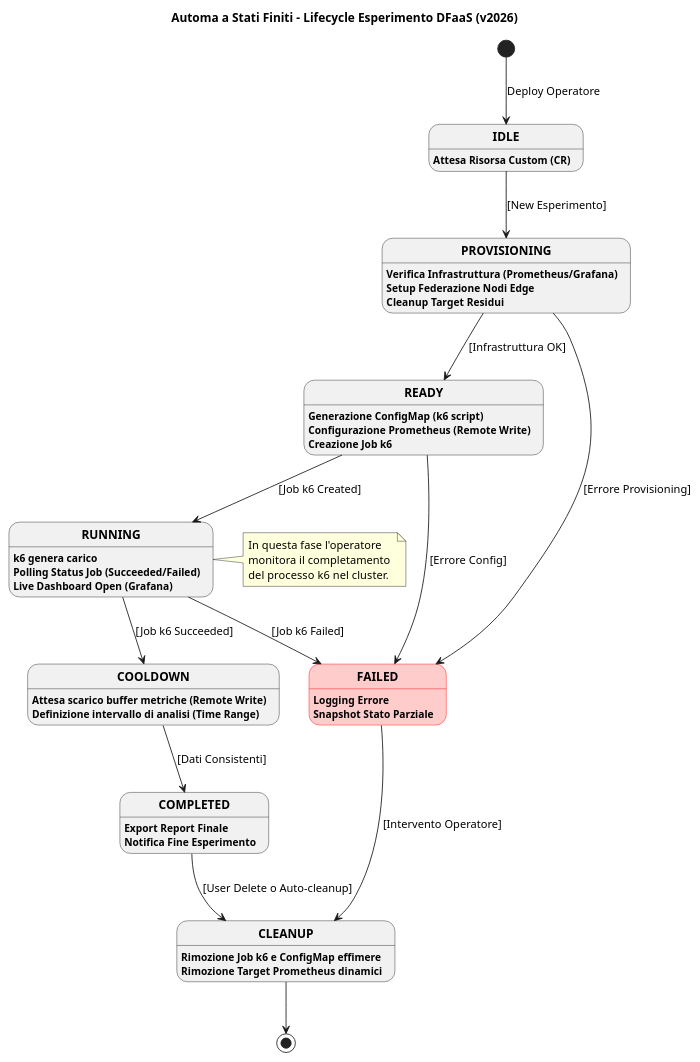
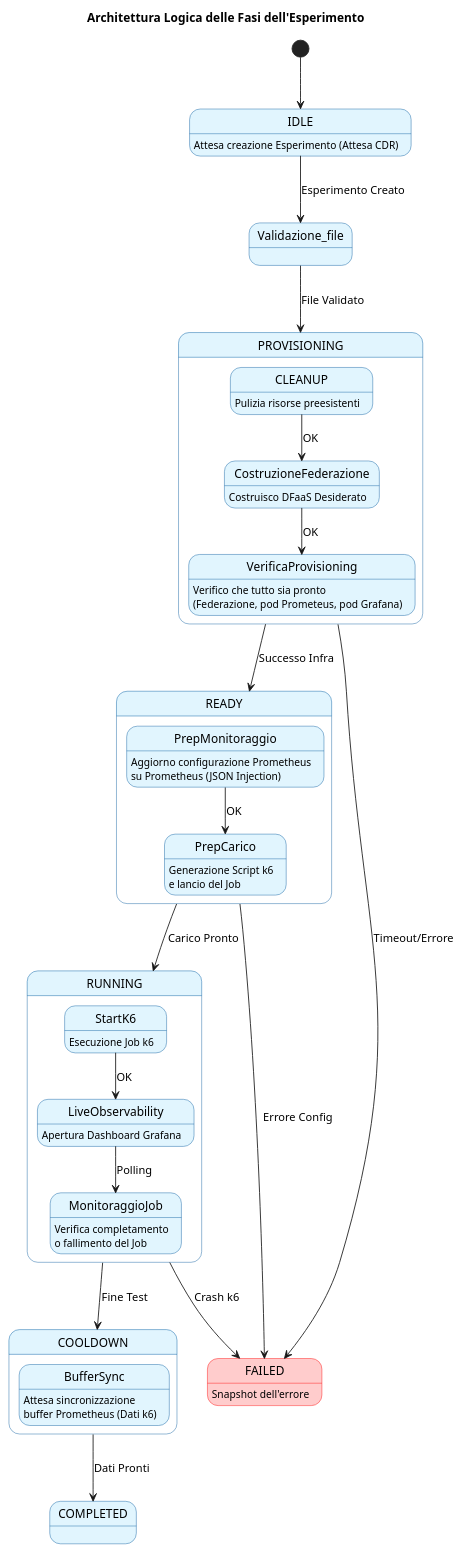
The diagram in UML/stati finiti.puml (isired01/DFaaSOperator), drawn with PlantUML before and after one commit.

Commit message:
fixed UML graphs

```diff
--- a/UML/stati finiti.puml
+++ b/UML/stati finiti.puml
@@ -1,79 +1,76 @@
 @startuml
 skinparam backgroundColor #FFFFFF
 skinparam state {
+  BackgroundColor #E1F5FE
+  BorderColor #01579B
   BackgroundColor<<Error>> #FFCCCC
   BorderColor<<Error>> #FF0000
-  FontStyle bold
 }
 
-title Automa a Stati Finiti - Lifecycle Esperimento DFaaS (v2026)
+title Architettura Logica delle Fasi dell'Esperimento
 
-[*] --> IDLE : Deploy Operatore
+[*] --> IDLE 
 
-state IDLE {
-  IDLE : Attesa Risorsa Custom (CR)
+state IDLE{
+  IDLE : Attesa creazione Esperimento (Attesa CDR)
 }
 
-IDLE --> PROVISIONING : [New Esperimento]
+IDLE --> Validazione_file : Esperimento Creato
+
+
+Validazione_file --> PROVISIONING : File Validato
+
 
 state PROVISIONING {
-  PROVISIONING : Verifica Infrastruttura (Prometheus/Grafana)
-  PROVISIONING : Setup Federazione Nodi Edge
-  PROVISIONING : Cleanup Target Residui
+  CLEANUP : Pulizia risorse preesistenti
+  CLEANUP --> CostruzioneFederazione : OK
+  CostruzioneFederazione : Costruisco DFaaS Desiderato
+  CostruzioneFederazione --> VerificaProvisioning : OK
+  VerificaProvisioning : Verifico che tutto sia pronto
+  VerificaProvisioning : (Federazione, pod Prometeus, pod Grafana)
+
 }
 
-PROVISIONING --> READY : [Infrastruttura OK]
-PROVISIONING --> FAILED : [Errore Provisioning]
-
 state READY {
-  READY : Generazione ConfigMap (k6 script)
-  READY : Configurazione Prometheus (Remote Write)
-  READY : Creazione Job k6
+  PrepMonitoraggio : Aggiorno configurazione Prometheus
+  PrepMonitoraggio : su Prometheus (JSON Injection)
+  PrepMonitoraggio --> PrepCarico : OK
+  PrepCarico : Generazione Script k6 
+  PrepCarico : e lancio del Job
 }
 
-READY --> RUNNING : [Job k6 Created]
-READY --> FAILED : [Errore Config]
+state RUNNING {
+  StartK6 : Esecuzione Job k6 
+  StartK6 --> LiveObservability : OK
+  LiveObservability : Apertura Dashboard Grafana 
+  LiveObservability --> MonitoraggioJob : Polling
+  MonitoraggioJob : Verifica completamento 
+  MonitoraggioJob : o fallimento del Job
 
-state RUNNING {
-  RUNNING : k6 genera carico
-  RUNNING : Polling Status Job (Succeeded/Failed)
-  RUNNING : Live Dashboard Open (Grafana)
 }
 
-RUNNING --> COOLDOWN : [Job k6 Succeeded]
-RUNNING --> FAILED : [Job k6 Failed]
-
 state COOLDOWN {
-  COOLDOWN : Attesa scarico buffer metriche (Remote Write)
-  COOLDOWN : Definizione intervallo di analisi (Time Range)
+  BufferSync : Attesa sincronizzazione 
+  BufferSync : buffer Prometheus (Dati k6)
 }
 
-COOLDOWN --> COMPLETED : [Dati Consistenti]
+state COMPLETED {
 
-state COMPLETED {
-  COMPLETED : Export Report Finale
-  COMPLETED : Notifica Fine Esperimento
 }
 
-state CLEANUP {
-  CLEANUP : Rimozione Job k6 e ConfigMap effimere
-  CLEANUP : Rimozione Target Prometheus dinamici
+' Transizioni di alto livello
+PROVISIONING --> READY : Successo Infra
+READY --> RUNNING : Carico Pronto
+RUNNING --> COOLDOWN : Fine Test
+COOLDOWN --> COMPLETED : Dati Pronti
+
+' Gestione Errore
+PROVISIONING --> FAILED : Timeout/Errore
+READY --> FAILED : Errore Config
+RUNNING --> FAILED : Crash k6
+
+state FAILED <<Error>> {
+  FAILED : Snapshot dell'errore
 }
 
-COMPLETED --> CLEANUP : [User Delete o Auto-cleanup]
-CLEANUP --> [*]
-
-state FAILED <<Error>> {
-  FAILED : Logging Errore
-  FAILED : Snapshot Stato Parziale
-}
-
-FAILED --> CLEANUP : [Intervento Operatore]
-
-note right of RUNNING
-  In questa fase l'operatore
-  monitora il completamento 
-  del processo k6 nel cluster.
-end note
-
 @enduml
```
